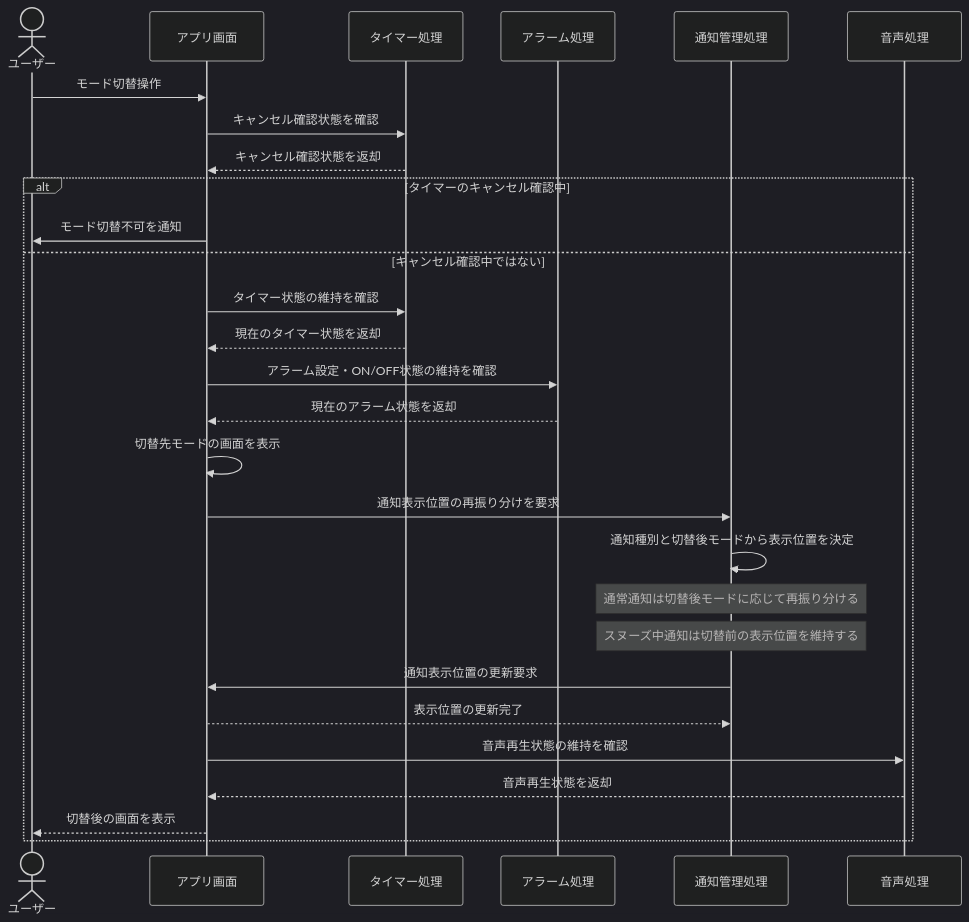
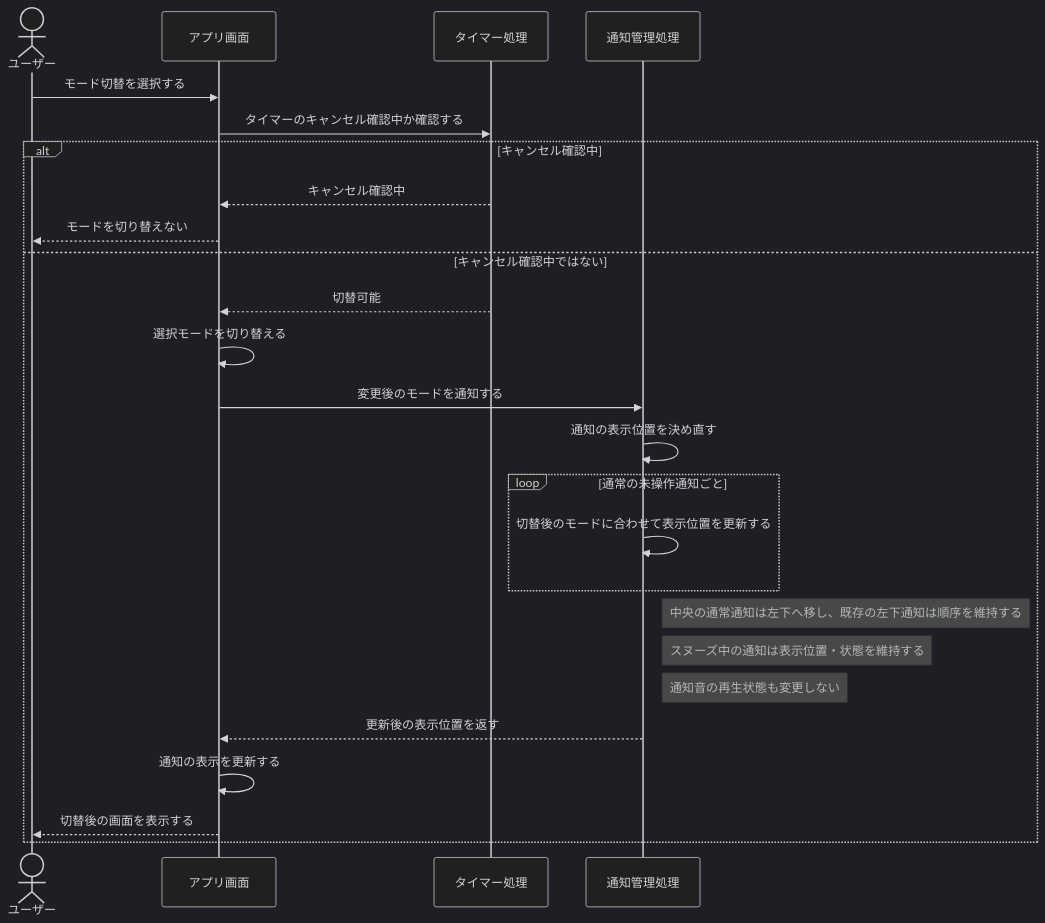
The eighth of 9 diagrams in document/設計/シーケンス図/共通シーケンス図.md (shun62201234-crypto/timerApplication), drawn with Mermaid (dark theme) before and after one commit. The commit also changed other lines of this file, not shown here.

First line of the commit message:
共通シーケンス図

````diff
--- a/document/設計/シーケンス図/共通シーケンス図.md
+++ b/document/設計/シーケンス図/共通シーケンス図.md
@@ -104,37 +229,34 @@
 ```mermaid
 sequenceDiagram
     actor User as ユーザー
     participant UI as アプリ画面
     participant Timer as タイマー処理
-    participant Alarm as アラーム処理
     participant Notify as 通知管理処理
-    participant Audio as 音声処理
 
-    User->>UI: モード切替操作
-    UI->>Timer: キャンセル確認状態を確認
-    Timer-->>UI: キャンセル確認状態を返却
+    User->>UI: モード切替を選択する
+    UI->>Timer: タイマーのキャンセル確認中か確認する
 
-    alt タイマーのキャンセル確認中
-        UI->>User: モード切替不可を通知
+    alt キャンセル確認中
+        Timer-->>UI: キャンセル確認中
+        UI-->>User: モードを切り替えない
+
     else キャンセル確認中ではない
-        UI->>Timer: タイマー状態の維持を確認
-        Timer-->>UI: 現在のタイマー状態を返却
+        Timer-->>UI: 切替可能
+        UI->>UI: 選択モードを切り替える
+        UI->>Notify: 変更後のモードを通知する
 
-        UI->>Alarm: アラーム設定・ON/OFF状態の維持を確認
-        Alarm-->>UI: 現在のアラーム状態を返却
+        Notify->>Notify: 通知の表示位置を決め直す
 
-        UI->>UI: 切替先モードの画面を表示
+        loop 通常の未操作通知ごと
+            Notify->>Notify: 切替後のモードに合わせて表示位置を更新する
+        end
 
-        UI->>Notify: 通知表示位置の再振り分けを要求
-        Notify->>Notify: 通知種別と切替後モードから表示位置を決定
-        Note over Notify: 通常通知は切替後モードに応じて再振り分ける
-        Note over Notify: スヌーズ中通知は切替前の表示位置を維持する
-        Notify->>UI: 通知表示位置の更新要求
-        UI-->>Notify: 表示位置の更新完了
+        Note right of Notify: 中央の通常通知は左下へ移し、既存の左下通知は順序を維持する
+        Note right of Notify: スヌーズ中の通知は表示位置・状態を維持する
+        Note right of Notify: 通知音の再生状態も変更しない
 
-        UI->>Audio: 音声再生状態の維持を確認
-        Audio-->>UI: 音声再生状態を返却
-
-        UI-->>User: 切替後の画面を表示
+        Notify-->>UI: 更新後の表示位置を返す
+        UI->>UI: 通知の表示を更新する
+        UI-->>User: 切替後の画面を表示する
     end
 ```
````
